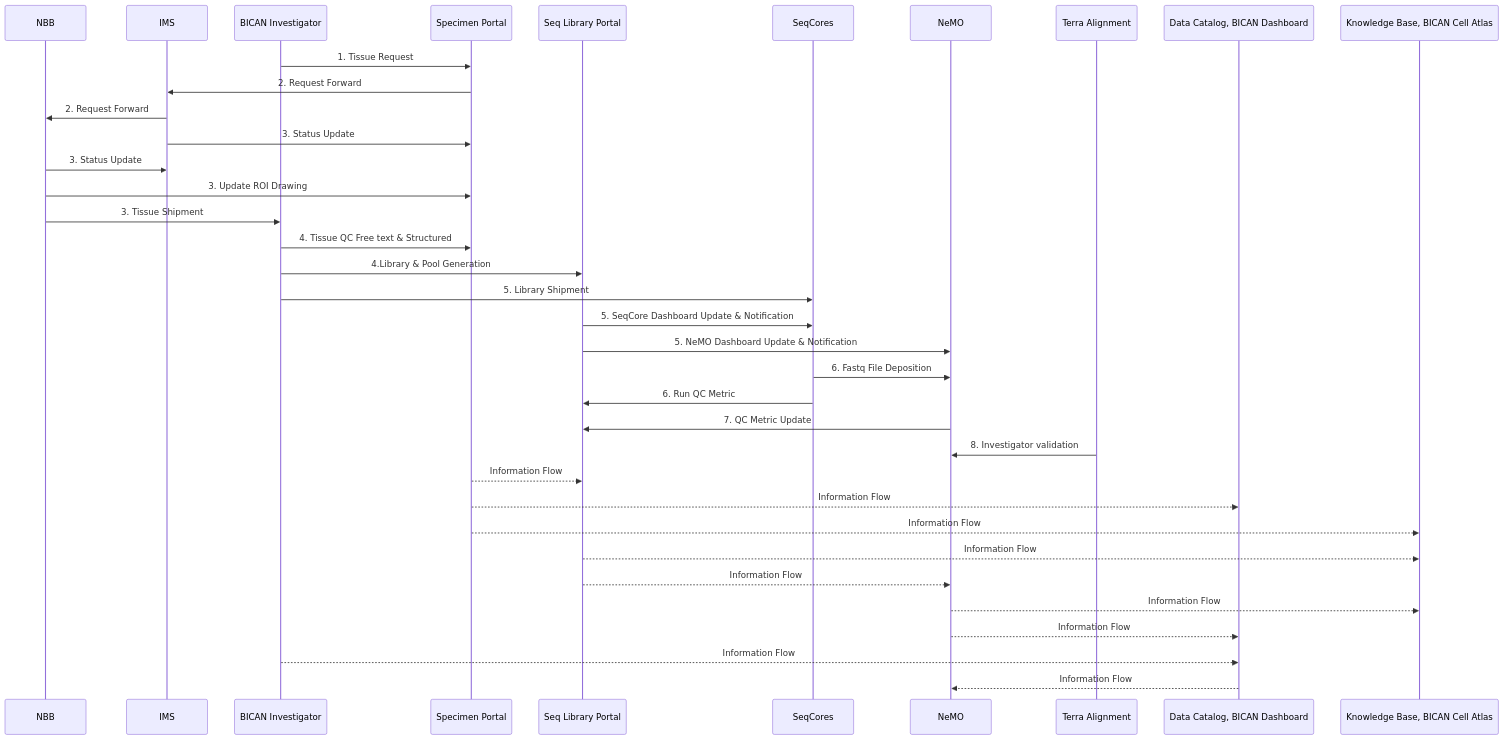
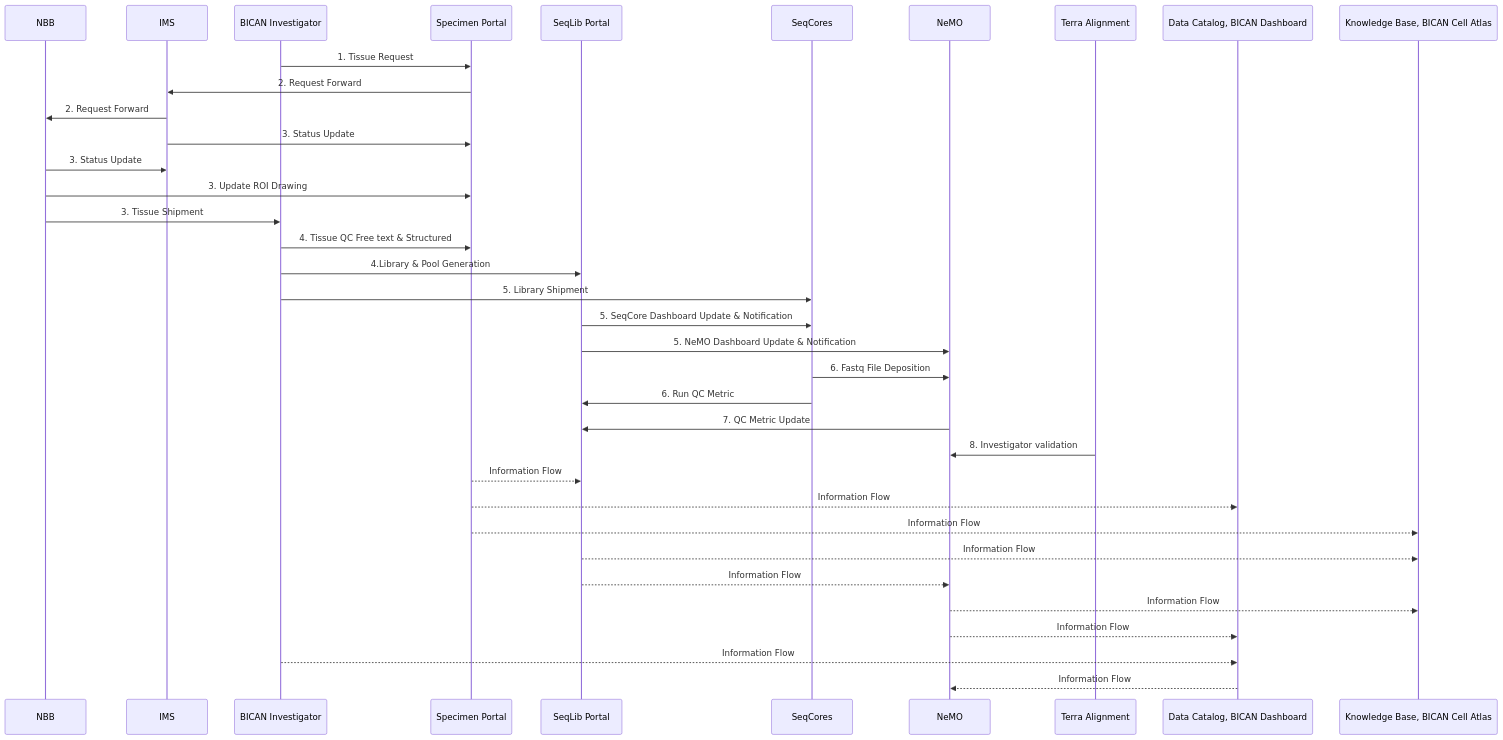
Before and after one commit to brain-bican/design-documents: the diagram in bican_flow_diagram/bican_flow_diagram.md, drawn with Mermaid. The commit also changed other lines of this file, not shown here.

Commit message:
added table for definitions

````diff
--- a/bican_flow_diagram/bican_flow_diagram.md
+++ b/bican_flow_diagram/bican_flow_diagram.md
@@ -5,48 +19,48 @@
 ```mermaid
 sequenceDiagram
     participant NBB
     participant IMS
     participant BICAN Investigator
     participant Specimen Portal
-    participant Seq Library Portal 
+    participant SeqLib Portal 
     participant SeqCores
     participant NeMO
     participant Terra Alignment
     participant DataCatalog as Data Catalog, BICAN Dashboard
     participant KnowledgeBase as Knowledge Base, BICAN Cell Atlas 
 
     BICAN Investigator ->> Specimen Portal: 1. Tissue Request
 
     Specimen Portal ->> IMS: 2. Request Forward
     IMS ->> NBB: 2. Request Forward
 
     IMS ->> Specimen Portal: 3. Status Update
     NBB ->> IMS: 3. Status Update
     NBB ->> Specimen Portal: 3. Update ROI Drawing
     NBB ->> BICAN Investigator: 3. Tissue Shipment
 
     BICAN Investigator ->> Specimen Portal: 4. Tissue QC Free text & Structured
-    BICAN Investigator ->> Seq Library Portal: 4.Library & Pool Generation
+    BICAN Investigator ->> SeqLib Portal: 4.Library & Pool Generation
 
     BICAN Investigator ->> SeqCores: 5. Library Shipment
-    Seq Library Portal ->> SeqCores: 5. SeqCore Dashboard Update & Notification 
-    Seq Library Portal ->> NeMO: 5. NeMO Dashboard Update & Notification
+    SeqLib Portal ->> SeqCores: 5. SeqCore Dashboard Update & Notification 
+    SeqLib Portal ->> NeMO: 5. NeMO Dashboard Update & Notification
 
     SeqCores ->> NeMO: 6. Fastq File Deposition
-    SeqCores ->> Seq Library Portal: 6. Run QC Metric
+    SeqCores ->> SeqLib Portal: 6. Run QC Metric
 
-    NeMO ->> Seq Library Portal: 7. QC Metric Update
+    NeMO ->> SeqLib Portal: 7. QC Metric Update
 
     Terra Alignment ->> NeMO: 8. Investigator validation
 
 
-    Specimen Portal -->> Seq Library Portal: Information Flow
+    Specimen Portal -->> SeqLib Portal: Information Flow
     Specimen Portal -->> DataCatalog: Information Flow
     Specimen Portal -->> KnowledgeBase: Information Flow
-    Seq Library Portal -->> KnowledgeBase: Information Flow
-    Seq Library Portal -->> NeMO: Information Flow
+    SeqLib Portal -->> KnowledgeBase: Information Flow
+    SeqLib Portal -->> NeMO: Information Flow
     NeMO -->> KnowledgeBase: Information Flow
     NeMO -->> DataCatalog: Information Flow
     BICAN Investigator -->> DataCatalog: Information Flow
     DataCatalog -->> NeMO: Information Flow
 ```
````
